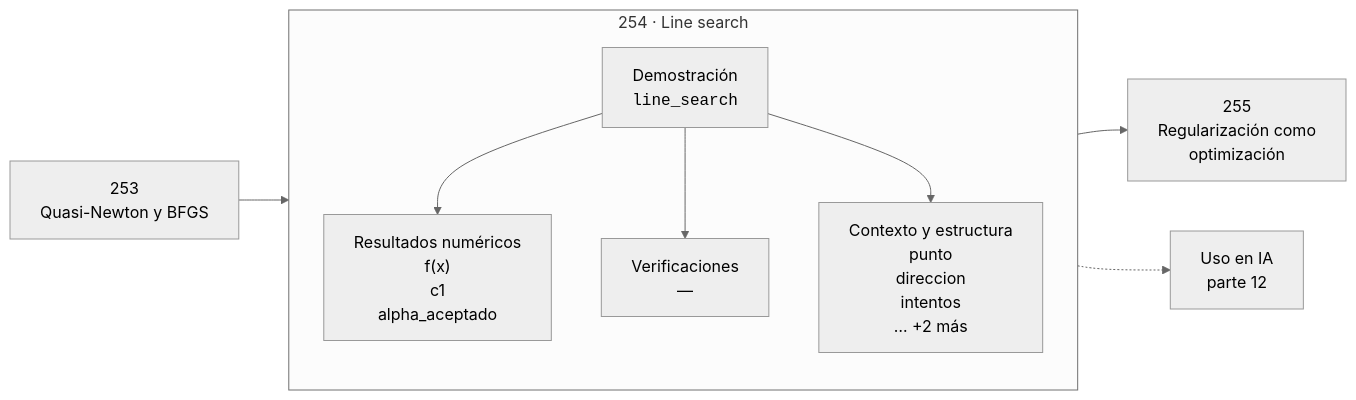
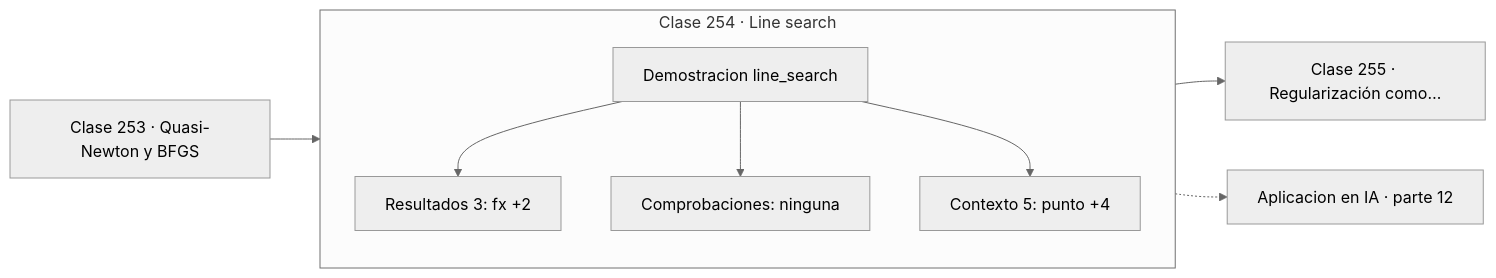
One commit to vladimiracunadev-create/computational-mathematics-program changed the diagram in classes/part-12-optimizacion-matematica-y-computacional/254-line-search/README.md. Above: the diagram before and after it, drawn with Mermaid (neutral theme). The commit also changed 389 other files, not shown here.

First line of the commit message:
fix(diagramas): elimina el HTML de las etiquetas Mermaid

````diff
--- a/classes/part-12-optimizacion-matematica-y-computacional/254-line-search/README.md
+++ b/classes/part-12-optimizacion-matematica-y-computacional/254-line-search/README.md
@@ -30,12 +30,13 @@
 ```mermaid
 flowchart LR
-    P["253<br/>Quasi-Newton y BFGS"] --> C
-    subgraph C["254 · Line search"]
+    P["Clase 253 · Quasi-Newton y BFGS"] --> D
+    subgraph CLASE["Clase 254 · Line search"]
         direction TB
-        D["Demostración<br/><code>line_search</code>"] --> R["Resultados numéricos<br/>f(x)<br/>c1<br/>alpha_aceptado"]
-        D --> V["Verificaciones<br/>—"]
-        D --> O["Contexto y estructura<br/>punto<br/>direccion<br/>intentos<br/>… +2 más"]
+        D["Demostracion line_search"]
+        D --> R["Resultados 3: fx +2"]
+        D --> V["Comprobaciones: ninguna"]
+        D --> O["Contexto 5: punto +4"]
     end
-    C --> N["255<br/>Regularización como<br/>optimización"]
-    C -.-> IA["Uso en IA<br/>parte 12"]
+    R --> N["Clase 255 · Regularización como…"]
+    V -.-> IA["Aplicacion en IA · parte 12"]
 ```
````
